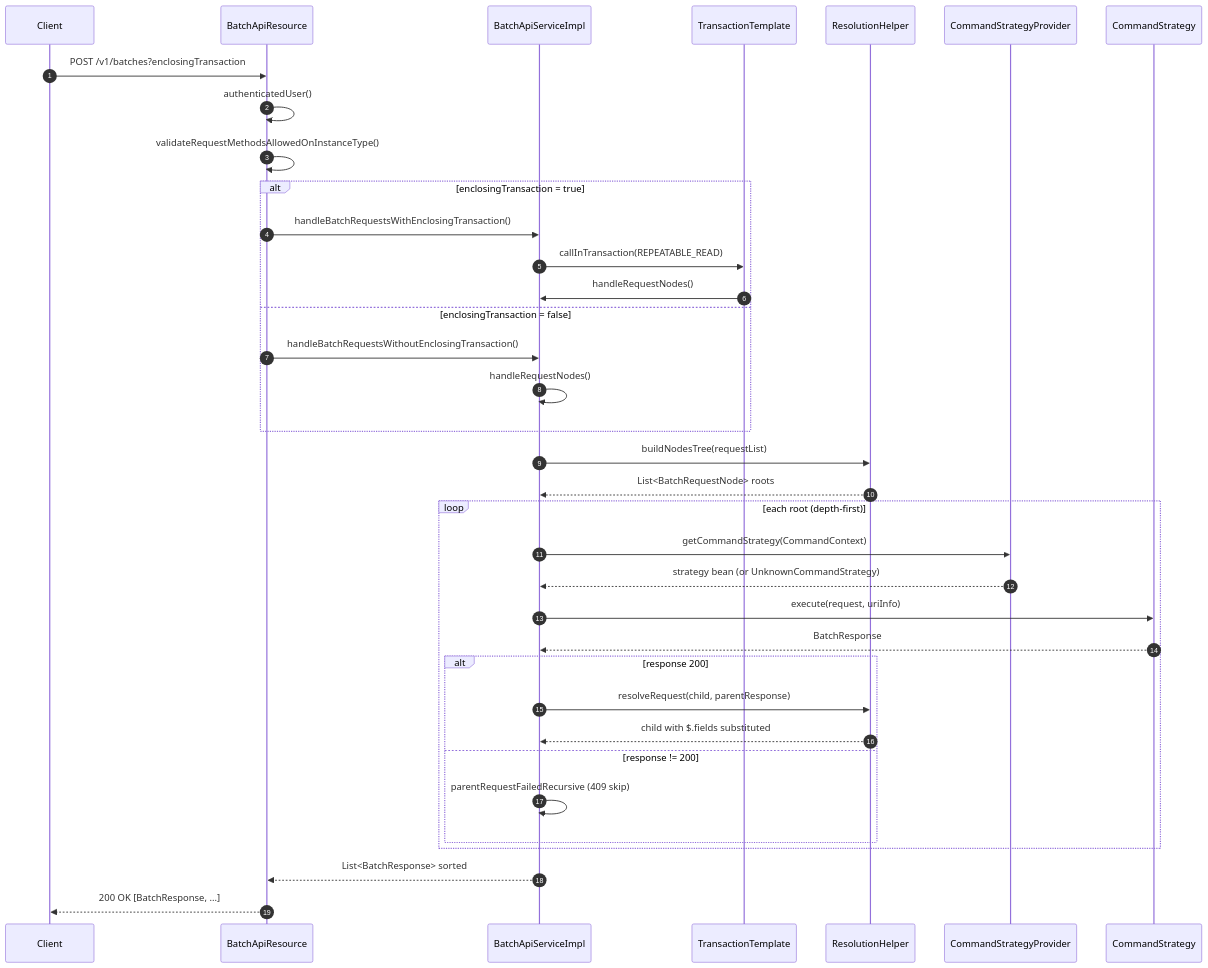
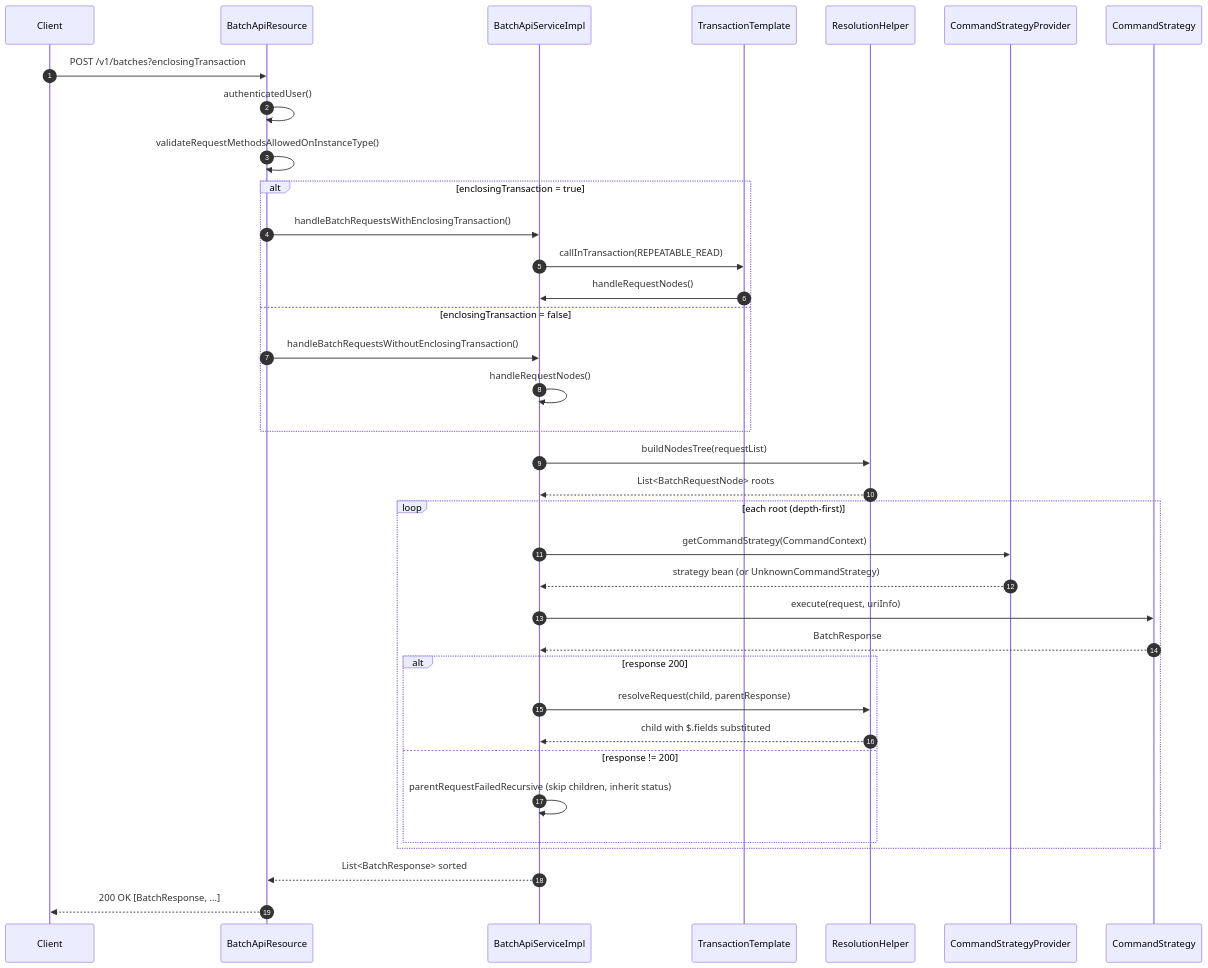
Before and after one commit to mintlify-atlas/docs-wiki-31b07890: the diagram in batch/batch-api-resource.mdx, drawn with Mermaid. The commit also changed other lines of this file and 115 other files, not shown here.

````diff
--- a/batch/batch-api-resource.mdx
+++ b/batch/batch-api-resource.mdx
@@ -233,39 +232,39 @@
 ```mermaid
 sequenceDiagram
     autonumber
     participant Client
     participant Res as BatchApiResource
     participant Svc as BatchApiServiceImpl
     participant Tx as TransactionTemplate
     participant Resv as ResolutionHelper
     participant Prov as CommandStrategyProvider
     participant Strat as CommandStrategy
 
     Client->>Res: POST /v1/batches?enclosingTransaction
     Res->>Res: authenticatedUser()
     Res->>Res: validateRequestMethodsAllowedOnInstanceType()
     alt enclosingTransaction = true
         Res->>Svc: handleBatchRequestsWithEnclosingTransaction()
         Svc->>Tx: callInTransaction(REPEATABLE_READ)
         Tx->>Svc: handleRequestNodes()
     else enclosingTransaction = false
         Res->>Svc: handleBatchRequestsWithoutEnclosingTransaction()
         Svc->>Svc: handleRequestNodes()
     end
     Svc->>Resv: buildNodesTree(requestList)
     Resv-->>Svc: List<BatchRequestNode> roots
     loop each root (depth-first)
         Svc->>Prov: getCommandStrategy(CommandContext)
         Prov-->>Svc: strategy bean (or UnknownCommandStrategy)
         Svc->>Strat: execute(request, uriInfo)
         Strat-->>Svc: BatchResponse
         alt response 200
             Svc->>Resv: resolveRequest(child, parentResponse)
             Resv-->>Svc: child with $.fields substituted
         else response != 200
-            Svc->>Svc: parentRequestFailedRecursive (409 skip)
+            Svc->>Svc: parentRequestFailedRecursive (skip children, inherit status)
         end
     end
     Svc-->>Res: List<BatchResponse> sorted
     Res-->>Client: 200 OK [BatchResponse, ...]
 ```
````
